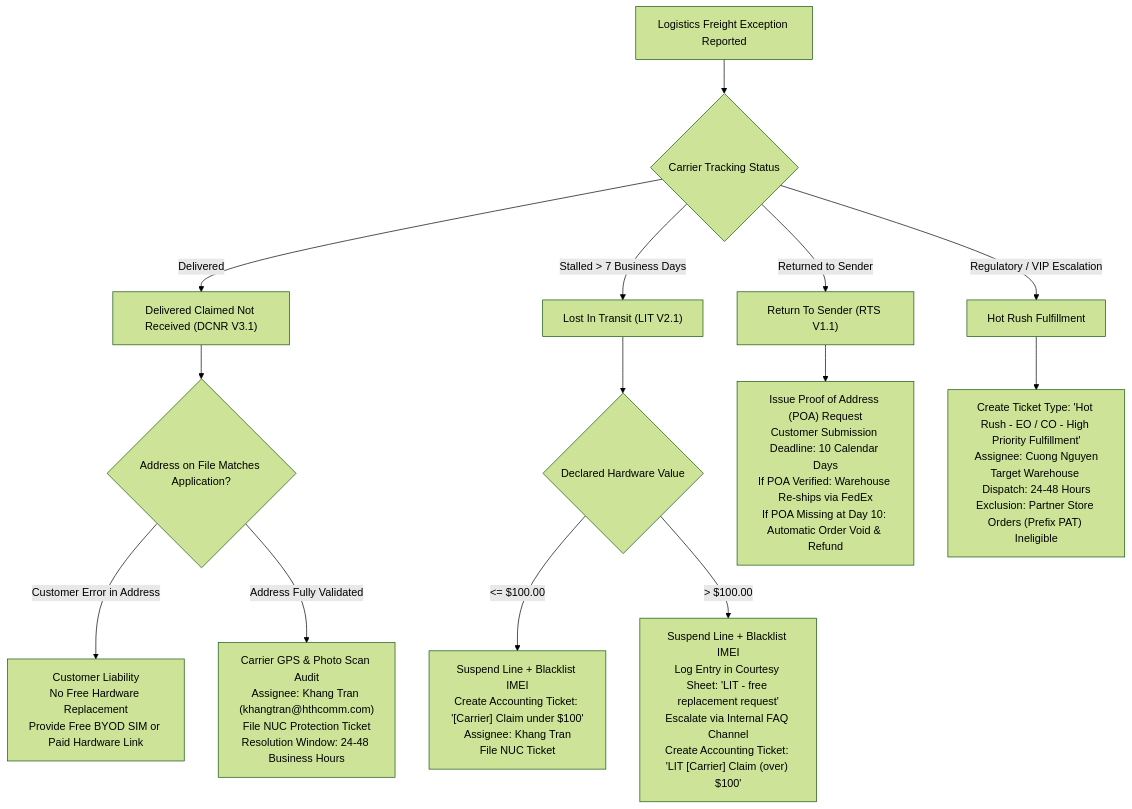
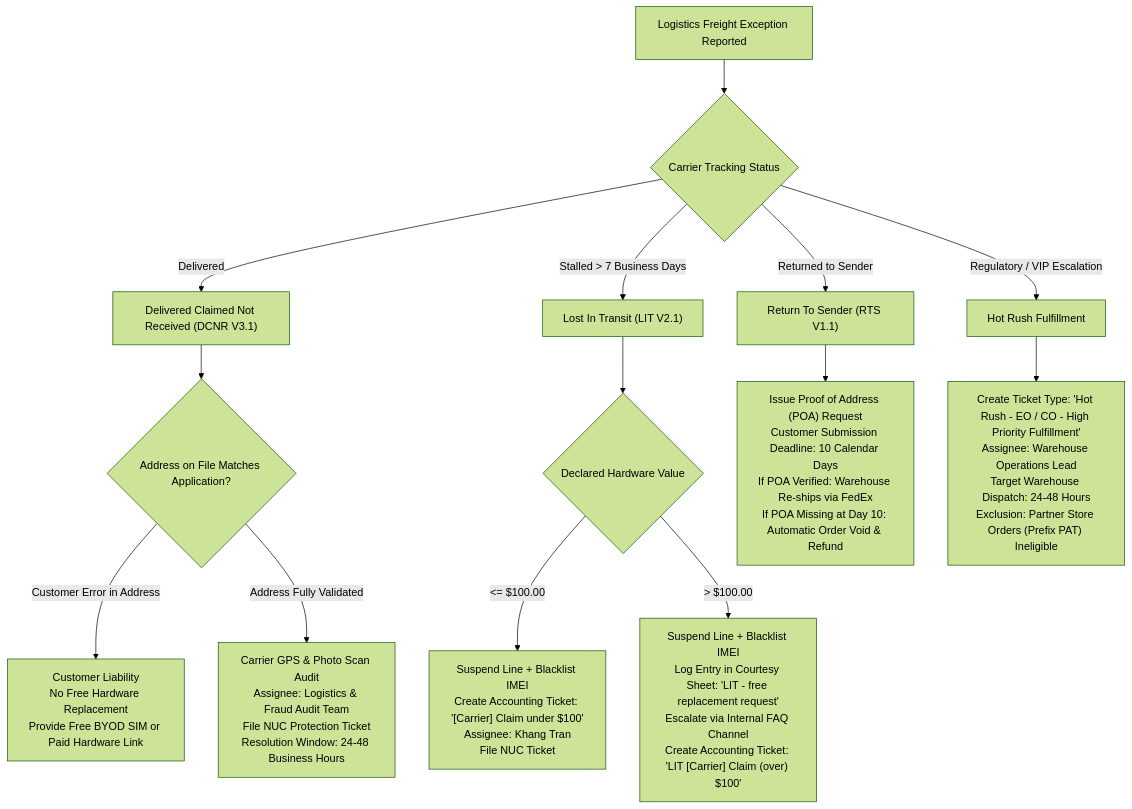
Before and after one commit to fatdev123/quick_response: the second of 8 diagrams in cheatsheet/MASTER_POLICY_MATRIX.md, drawn with Mermaid (forest theme). The commit also changed other lines of this file and 9 other files, not shown here.

First line of the commit message:
feat(docs): overhaul README in Vietnamese, enforce 6-step mermaid schema, audit SLAs and patch QA/leak vulnerabilities

````diff
--- a/cheatsheet/MASTER_POLICY_MATRIX.md
+++ b/cheatsheet/MASTER_POLICY_MATRIX.md
@@ -59,20 +59,20 @@
 ```mermaid
 flowchart TD
     Dispute["Logistics Freight Exception Reported"] --> TrackingStatus{"Carrier Tracking Status"}
 
     TrackingStatus -- "Delivered" --> DCNR["Delivered Claimed Not Received (DCNR V3.1)"]
     DCNR --> DCNR_Addr{"Address on File Matches Application?"}
     DCNR_Addr -- "Customer Error in Address" --> DCNR_CX["Customer Liability<br/>No Free Hardware Replacement<br/>Provide Free BYOD SIM or Paid Hardware Link"]
-    DCNR_Addr -- "Address Fully Validated" --> DCNR_Audit["Carrier GPS & Photo Scan Audit<br/>Assignee: Khang Tran (khangtran@hthcomm.com)<br/>File NUC Protection Ticket<br/>Resolution Window: 24-48 Business Hours"]
+    DCNR_Addr -- "Address Fully Validated" --> DCNR_Audit["Carrier GPS & Photo Scan Audit<br/>Assignee: Logistics & Fraud Audit Team<br/>File NUC Protection Ticket<br/>Resolution Window: 24-48 Business Hours"]
 
     TrackingStatus -- "Stalled > 7 Business Days" --> LIT["Lost In Transit (LIT V2.1)"]
     LIT --> LIT_Val{"Declared Hardware Value"}
     LIT_Val -- "<= $100.00" --> LIT_Under["Suspend Line + Blacklist IMEI<br/>Create Accounting Ticket: '[Carrier] Claim under $100'<br/>Assignee: Khang Tran<br/>File NUC Ticket"]
     LIT_Val -- "> $100.00" --> LIT_Over["Suspend Line + Blacklist IMEI<br/>Log Entry in Courtesy Sheet: 'LIT - free replacement request'<br/>Escalate via Internal FAQ Channel<br/>Create Accounting Ticket: 'LIT [Carrier] Claim (over) $100'"]
 
     TrackingStatus -- "Returned to Sender" --> RTS["Return To Sender (RTS V1.1)"]
     RTS --> RTS_Action["Issue Proof of Address (POA) Request<br/>Customer Submission Deadline: 10 Calendar Days<br/>If POA Verified: Warehouse Re-ships via FedEx<br/>If POA Missing at Day 10: Automatic Order Void & Refund"]
 
     TrackingStatus -- "Regulatory / VIP Escalation" --> HotRush["Hot Rush Fulfillment"]
-    HotRush --> HotRush_Proc["Create Ticket Type: 'Hot Rush - EO / CO - High Priority Fulfillment'<br/>Assignee: Cuong Nguyen<br/>Target Warehouse Dispatch: 24-48 Hours<br/>Exclusion: Partner Store Orders (Prefix PAT) Ineligible"]
+    HotRush --> HotRush_Proc["Create Ticket Type: 'Hot Rush - EO / CO - High Priority Fulfillment'<br/>Assignee: Warehouse Operations Lead<br/>Target Warehouse Dispatch: 24-48 Hours<br/>Exclusion: Partner Store Orders (Prefix PAT) Ineligible"]
 ```
````
